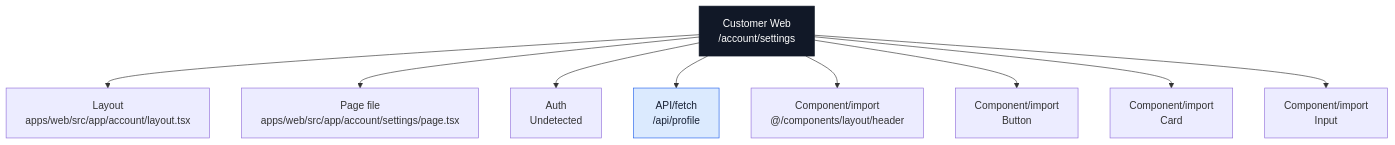
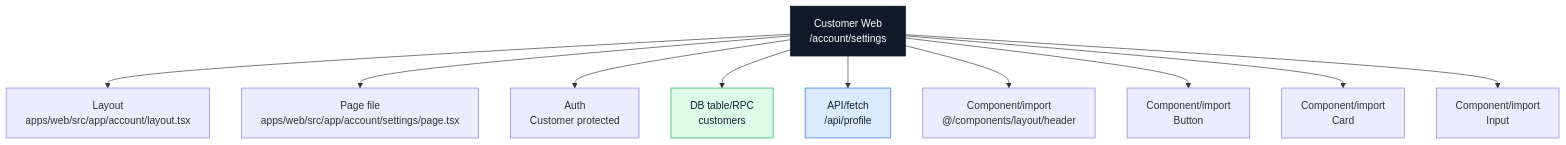
Before and after one commit to Ritenoob/ridendine-marketplace: the sixth of 23 diagrams in docs/architecture/codebase-map/pages/web-pages.md, drawn with Mermaid. The commit also changed other lines of this file and 34 other files, not shown here.

````diff
--- a/docs/architecture/codebase-map/pages/web-pages.md
+++ b/docs/architecture/codebase-map/pages/web-pages.md
@@ -409,26 +417,29 @@
 ```mermaid
 flowchart TB
   Page["Customer Web<br/>/account/settings"]
   Layout["Layout<br/>apps/web/src/app/account/layout.tsx"]
   File["Page file<br/>apps/web/src/app/account/settings/page.tsx"]
-  Auth["Auth<br/>Undetected"]
+  Auth["Auth<br/>Customer protected"]
   Page --> Layout
   Page --> File
   Page --> Auth
+  Table0["DB table/RPC<br/>customers"]
+  Page --> Table0
   Api0["API/fetch<br/>/api/profile"]
   Page --> Api0
   Component0["Component/import<br/>@/components/layout/header"]
   Page --> Component0
   Component1["Component/import<br/>Button"]
   Page --> Component1
   Component2["Component/import<br/>Card"]
   Page --> Component2
   Component3["Component/import<br/>Input"]
   Page --> Component3
   classDef page fill:#111827,stroke:#111827,color:#ffffff
   classDef data fill:#dcfce7,stroke:#16a34a,color:#172033
   classDef api fill:#dbeafe,stroke:#2563eb,color:#172033
   classDef warn fill:#fef3c7,stroke:#f59e0b,color:#172033
   class Page page
+  class Table0 data
   class Api0 api
 ```
````
